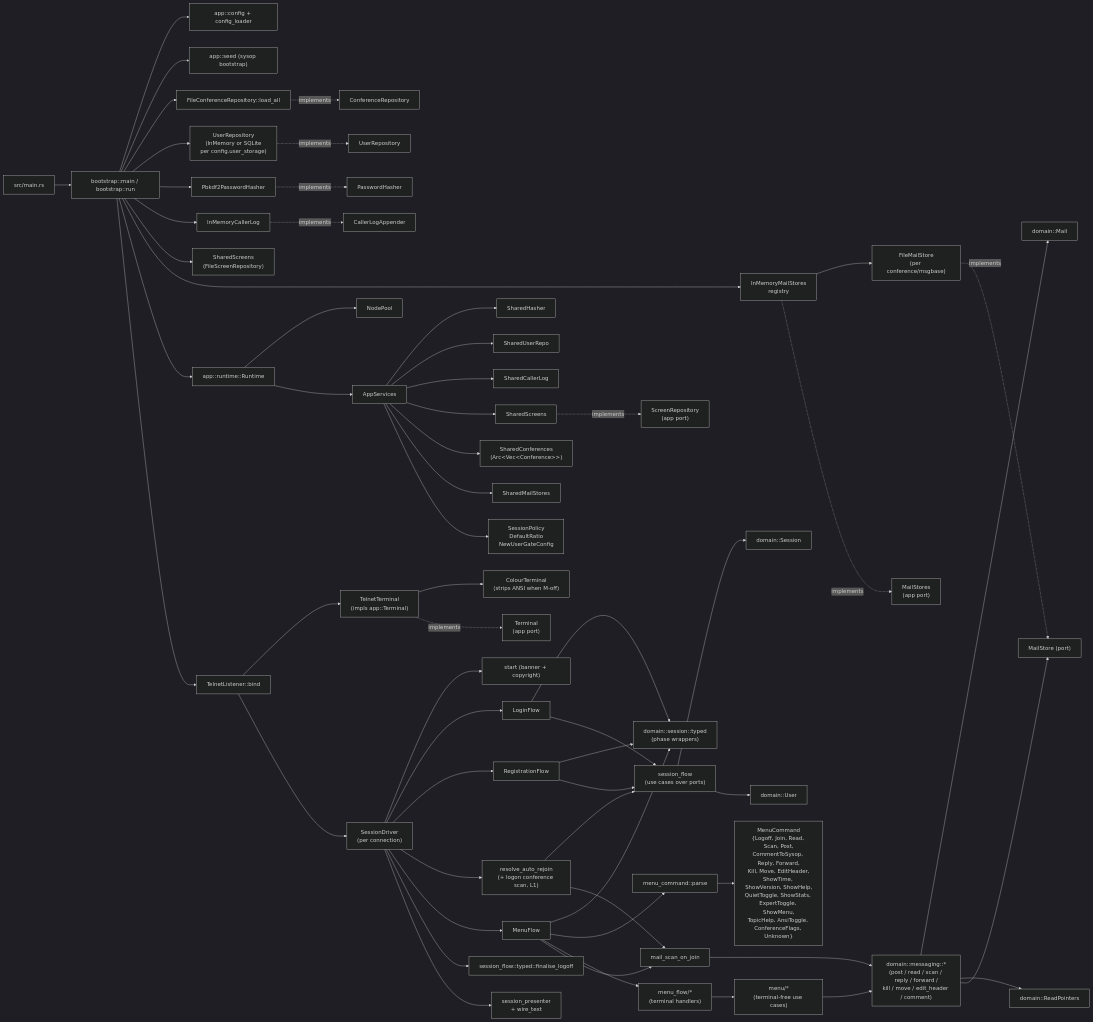
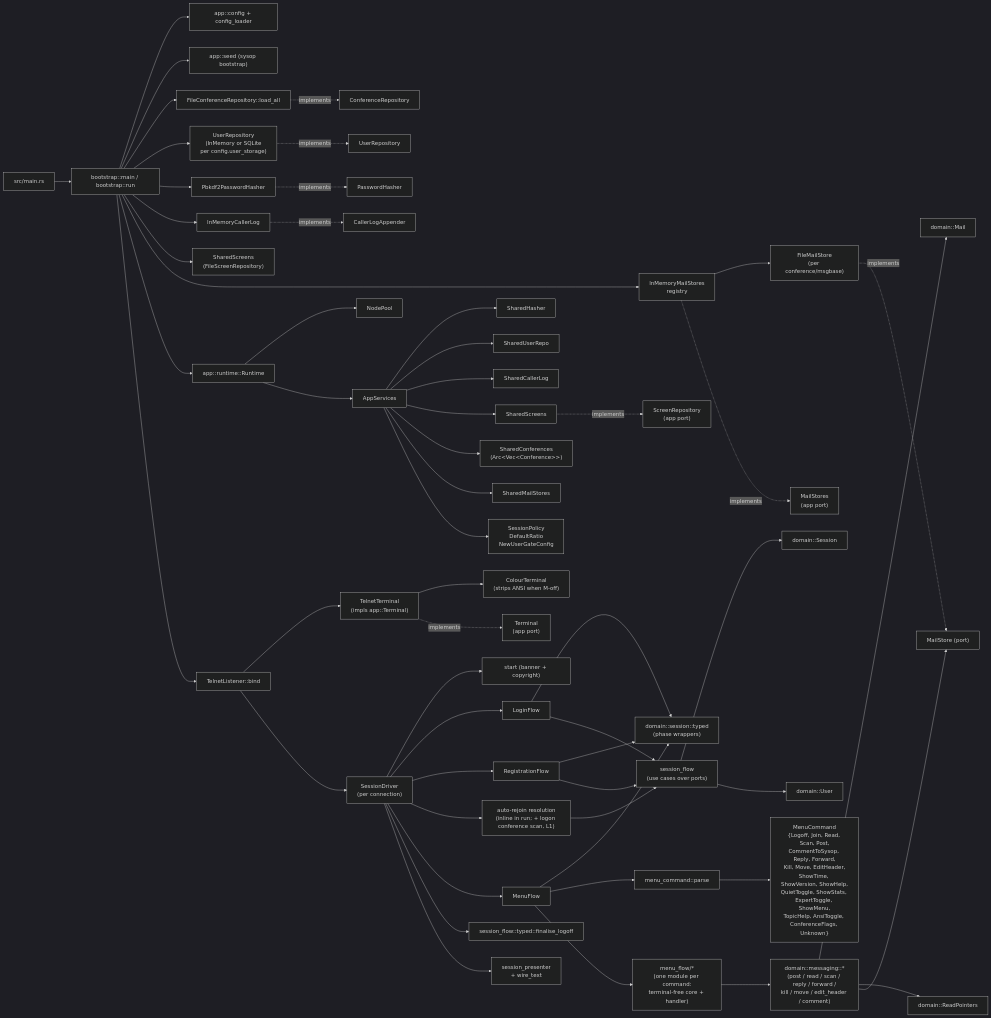
One commit to pingles/nextexpress changed the diagram in SYSTEM.md. Above: the diagram before and after it, drawn with Mermaid (dark theme). The commit also changed other lines of this file and 4 other files, not shown here.

````diff
--- a/SYSTEM.md
+++ b/SYSTEM.md
@@ -92,71 +92,67 @@
 ```mermaid
 flowchart LR
     Main["src/main.rs"] --> AppRun["bootstrap::main / bootstrap::run"]
 
     AppRun --> Config["app::config + config_loader"]
     AppRun --> Seed["app::seed (sysop bootstrap)"]
     AppRun --> ConfRepo["FileConferenceRepository::load_all"]
     AppRun --> UserRepo["UserRepository\n(InMemory or SQLite\nper config.user_storage)"]
     AppRun --> Hasher["Pbkdf2PasswordHasher"]
     AppRun --> CallerLog["InMemoryCallerLog"]
     AppRun --> Screens["SharedScreens\n(FileScreenRepository)"]
     AppRun --> MailRegistry["InMemoryMailStores\nregistry"]
     MailRegistry --> FileMailStore["FileMailStore\n(per conference/msgbase)"]
 
     AppRun --> Runtime["app::runtime::Runtime"]
     Runtime --> NodePool["NodePool"]
     Runtime --> Services["AppServices"]
 
     Services --> Sharedhasher["SharedHasher"]
     Services --> SharedRepo["SharedUserRepo"]
     Services --> SharedLog["SharedCallerLog"]
     Services --> SharedScreens
     Services --> SharedConfs["SharedConferences\n(Arc&lt;Vec&lt;Conference&gt;&gt;)"]
     Services --> SharedMail["SharedMailStores"]
     Services --> Policy["SessionPolicy\nDefaultRatio\nNewUserGateConfig"]
 
     AppRun --> Telnet["TelnetListener::bind"]
     Telnet --> Terminal["TelnetTerminal\n(impls app::Terminal)"]
     Terminal --> Colour["ColourTerminal\n(strips ANSI when M-off)"]
     Telnet --> Driver["SessionDriver\n(per connection)"]
 
     Driver --> Start["start (banner + copyright)"]
     Driver --> Login["LoginFlow"]
     Driver --> Registration["RegistrationFlow"]
-    Driver --> AutoRejoin["resolve_auto_rejoin\n(+ logon conference scan, L1)"]
+    Driver --> AutoRejoin["auto-rejoin resolution\n(inline in run; + logon conference scan, L1)"]
     Driver --> Menu["MenuFlow"]
     Driver --> Finalise["session_flow::typed::finalise_logoff"]
 
     Login --> Typed["domain::session::typed\n(phase wrappers)"]
     Registration --> Typed
     Menu --> Typed
     Login --> SF["session_flow\n(use cases over ports)"]
     Registration --> SF
     AutoRejoin --> SF
     Driver --> Presenter["session_presenter\n+ wire_text"]
 
     Menu --> Parse["menu_command::parse"]
     Parse --> Cmds["MenuCommand\n{Logoff, Join, Read, Scan, Post,\nCommentToSysop, Reply, Forward,\nKill, Move, EditHeader,\nShowTime, ShowVersion, ShowHelp,\nQuietToggle, ShowStats, ExpertToggle, ShowMenu,\nTopicHelp, AnsiToggle, ConferenceFlags, Unknown}"]
-    Menu --> MenuFlowHandlers["menu_flow/*\n(terminal handlers)"]
-    MenuFlowHandlers --> MenuUseCases["menu/*\n(terminal-free use cases)"]
+    Menu --> MenuFlowHandlers["menu_flow/*\n(one module per command:\nterminal-free core + handler)"]
 
-    MenuUseCases --> Rules["domain::messaging::*\n(post / read / scan / reply / forward /\nkill / move / edit_header / comment)"]
-    AutoRejoin --> ScanOnJoin["mail_scan_on_join"]
-    Menu --> ScanOnJoin
-    ScanOnJoin --> Rules
+    MenuFlowHandlers --> Rules["domain::messaging::*\n(post / read / scan / reply / forward /\nkill / move / edit_header / comment)"]
 
     Rules --> Mail["domain::Mail"]
     Rules --> Pointers["domain::ReadPointers"]
     Rules --> MailPort["MailStore (port)"]
     SF --> DomainSession["domain::Session"]
     SF --> DomainUser["domain::User"]
 
     ConfRepo -.implements.-> ConfPort["ConferenceRepository"]
     UserRepo -.implements.-> UserPort["UserRepository"]
     Hasher -.implements.-> HasherPort["PasswordHasher"]
     CallerLog -.implements.-> LogPort["CallerLogAppender"]
     SharedScreens -.implements.-> ScreenPort["ScreenRepository\n(app port)"]
     MailRegistry -.implements.-> MailRegistryPort["MailStores\n(app port)"]
     FileMailStore -.implements.-> MailPort
     Terminal -.implements.-> TermPort["Terminal\n(app port)"]
 ```
````
